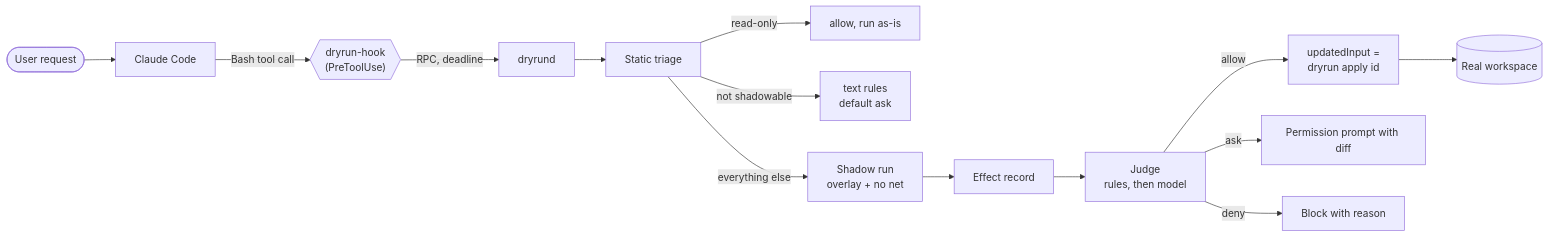
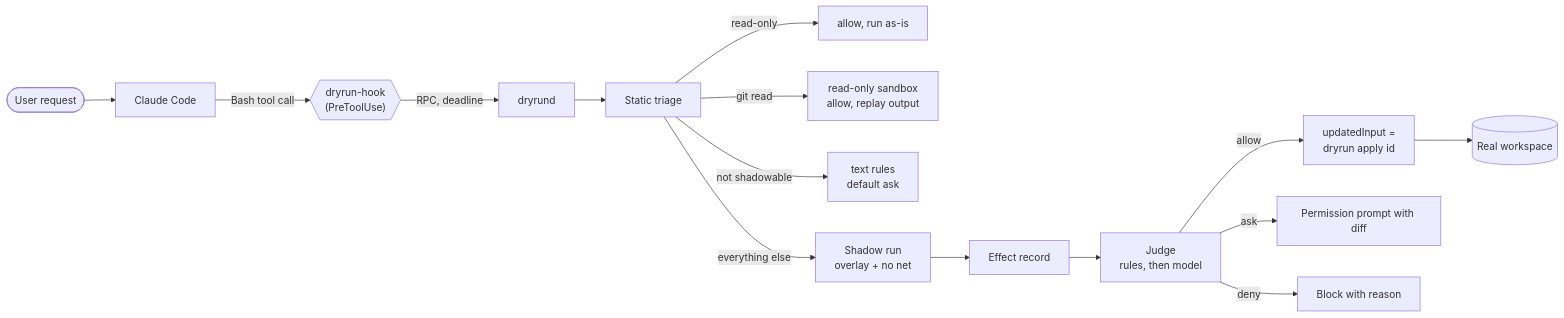
Before and after one commit to RyanL2/dry-run: the first of 12 diagrams in docs/ARCHITECTURE.md, drawn with Mermaid. The commit also changed other lines of this file and 8 other files, not shown here.

First line of the commit message:
fix: run git reads in the read-only sandbox instead of predicting git config

````diff
--- a/docs/ARCHITECTURE.md
+++ b/docs/ARCHITECTURE.md
@@ -24,16 +24,17 @@
 ```mermaid
 flowchart LR
     U([User request]) --> CC[Claude Code]
     CC -- "Bash tool call" --> H{{"dryrun-hook<br/>(PreToolUse)"}}
     H -- "RPC, deadline" --> D[dryrund]
     D --> T[Static triage]
     T -- "read-only" --> A1[allow, run as-is]
+    T -- "git read" --> GR["read-only sandbox<br/>allow, replay output"]
     T -- "not shadowable" --> TX["text rules<br/>default ask"]
     T -- "everything else" --> S["Shadow run<br/>overlay + no net"]
     S --> E[Effect record]
     E --> J["Judge<br/>rules, then model"]
     J -- allow --> C["updatedInput =<br/>dryrun apply id"]
     J -- ask --> P[Permission prompt with diff]
     J -- deny --> X[Block with reason]
     C --> FS[(Real workspace)]
 ```
````
